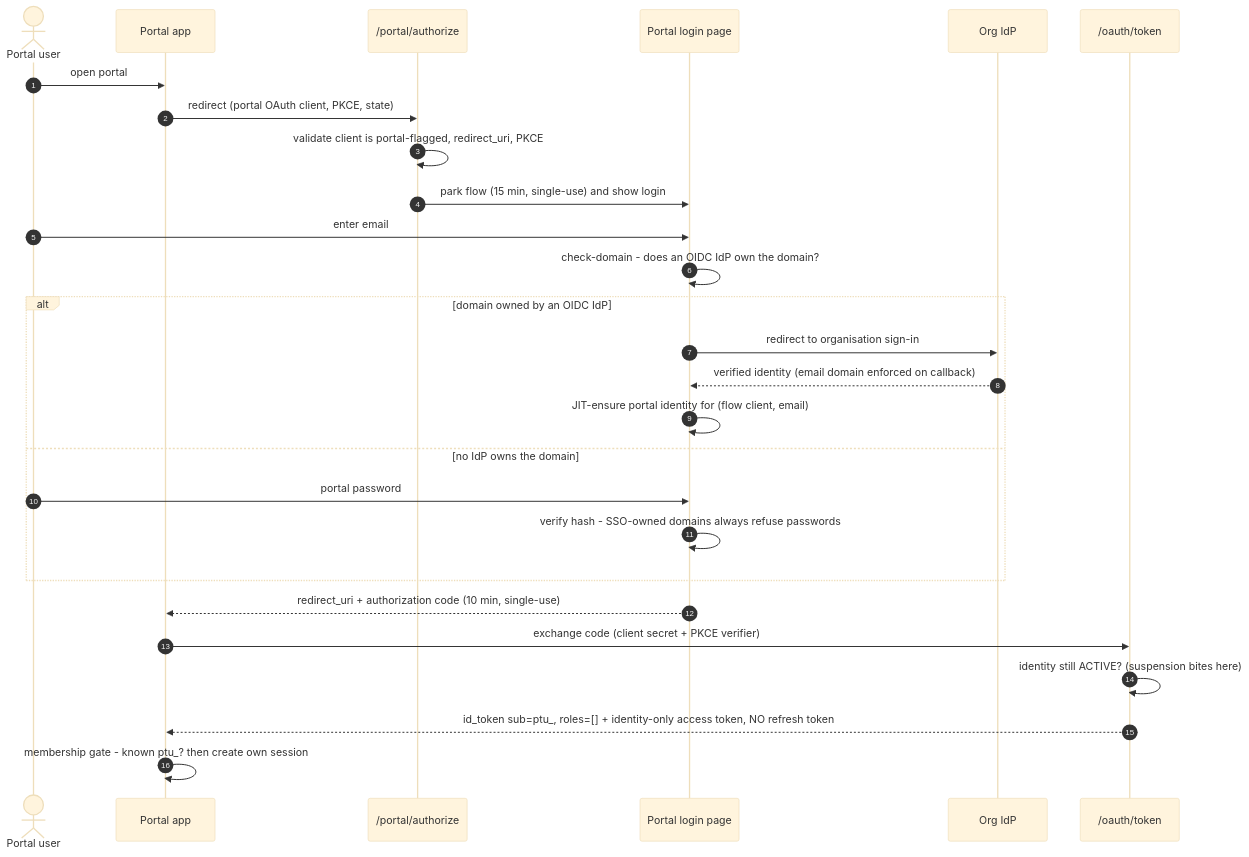
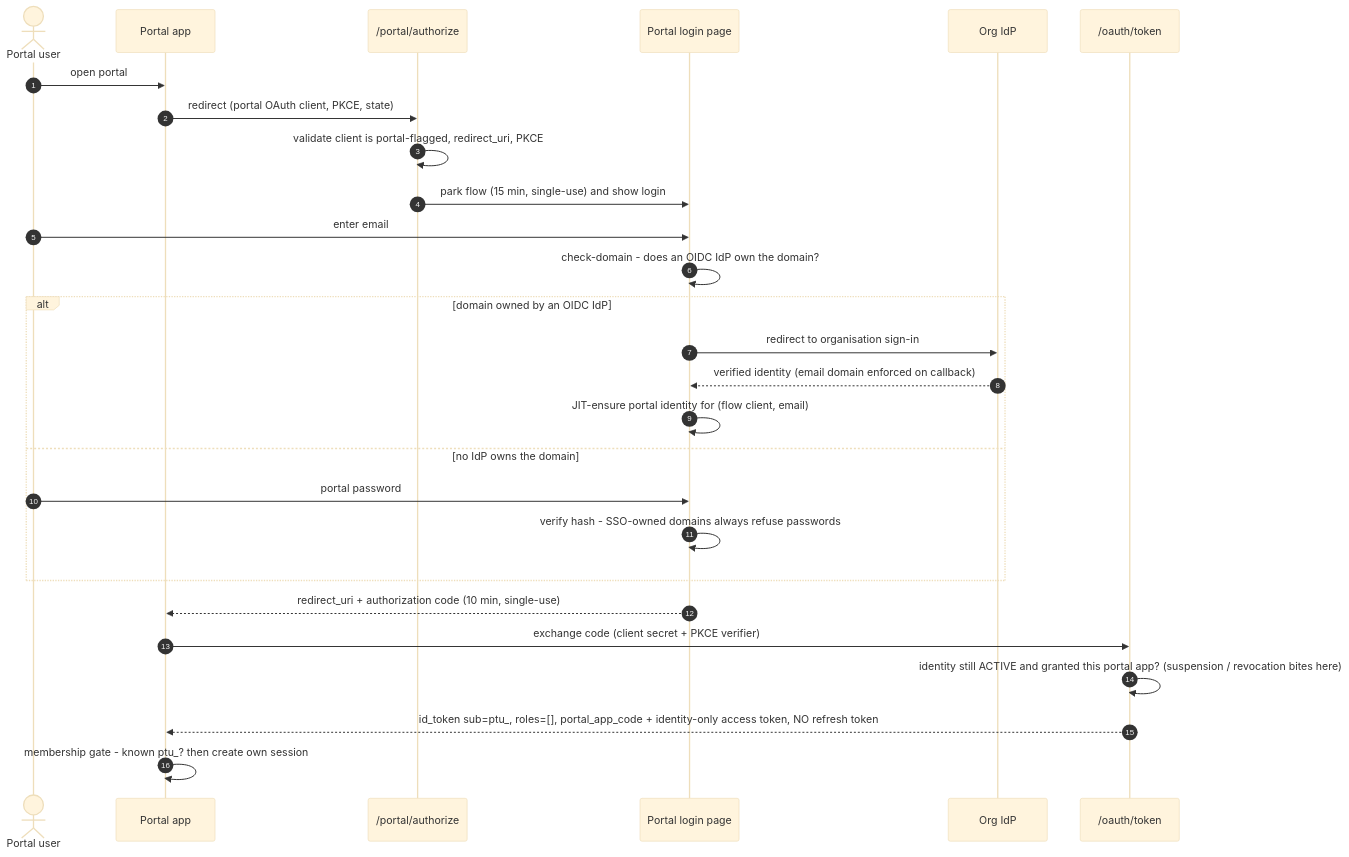
Before and after one commit to flowcatalyst/flowcatalyst-javalin: the second of 4 diagrams in server/src/main/resources/docs/published/40-portal-users.md, drawn with Mermaid (base theme). The commit also changed other lines of this file and 395 other files, not shown here.

````diff
--- a/server/src/main/resources/docs/published/40-portal-users.md
+++ b/server/src/main/resources/docs/published/40-portal-users.md
@@ -68,30 +69,30 @@
 ```mermaid
 sequenceDiagram
     autonumber
     actor User as Portal user
     participant App as Portal app
     participant PZ as /portal/authorize
     participant LP as Portal login page
     participant IdP as Org IdP
     participant TK as /oauth/token
 
     User->>App: open portal
     App->>PZ: redirect (portal OAuth client, PKCE, state)
     PZ->>PZ: validate client is portal-flagged, redirect_uri, PKCE
     PZ->>LP: park flow (15 min, single-use) and show login
     User->>LP: enter email
     LP->>LP: check-domain - does an OIDC IdP own the domain?
     alt domain owned by an OIDC IdP
         LP->>IdP: redirect to organisation sign-in
         IdP-->>LP: verified identity (email domain enforced on callback)
         LP->>LP: JIT-ensure portal identity for (flow client, email)
     else no IdP owns the domain
         User->>LP: portal password
         LP->>LP: verify hash - SSO-owned domains always refuse passwords
     end
     LP-->>App: redirect_uri + authorization code (10 min, single-use)
     App->>TK: exchange code (client secret + PKCE verifier)
-    TK->>TK: identity still ACTIVE? (suspension bites here)
-    TK-->>App: id_token sub=ptu_, roles=[] + identity-only access token, NO refresh token
+    TK->>TK: identity still ACTIVE and granted this portal app? (suspension / revocation bites here)
+    TK-->>App: id_token sub=ptu_, roles=[], portal_app_code + identity-only access token, NO refresh token
     App->>App: membership gate - known ptu_? then create own session
 ```
````
